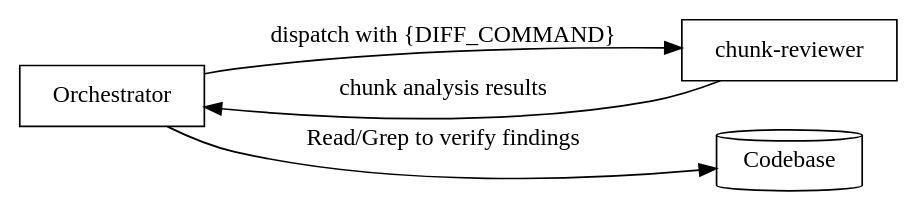
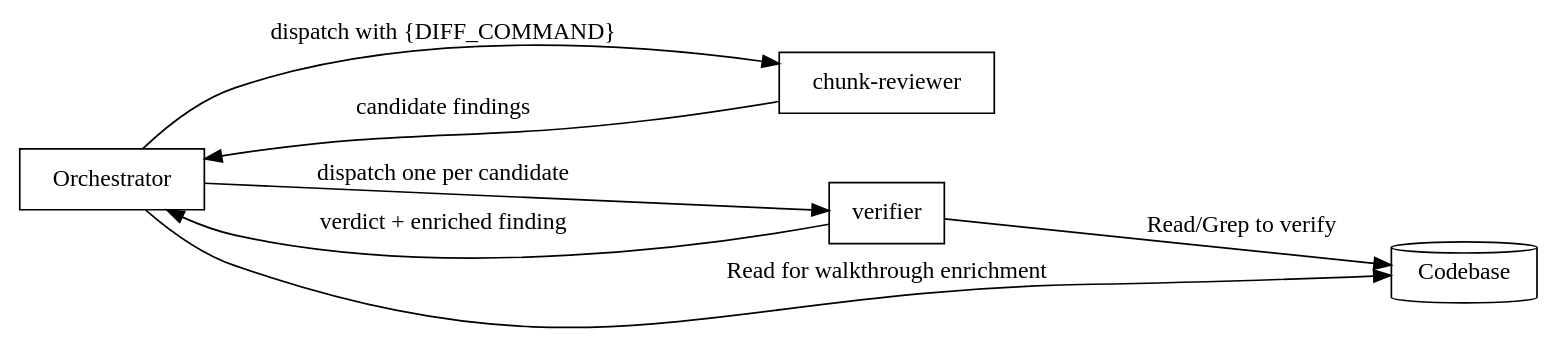
The diagram in skills/code-review/SKILL.md (toongri/oh-my-toong-playground), drawn with Graphviz before and after one commit. The commit also changed other lines of this file and 18 other files, not shown here.

````diff
--- a/skills/code-review/SKILL.md
+++ b/skills/code-review/SKILL.md
@@ -53,11 +53,15 @@
 ```dot
 digraph role_separation {
     rankdir=LR;
     "Orchestrator" [shape=box];
     "chunk-reviewer" [shape=box];
+    "verifier" [shape=box];
     "Codebase" [shape=cylinder];
     "Orchestrator" -> "chunk-reviewer" [label="dispatch with {DIFF_COMMAND}"];
-    "chunk-reviewer" -> "Orchestrator" [label="chunk analysis results"];
-    "Orchestrator" -> "Codebase" [label="Read/Grep to verify findings"];
+    "chunk-reviewer" -> "Orchestrator" [label="candidate findings"];
+    "Orchestrator" -> "verifier" [label="dispatch one per candidate"];
+    "verifier" -> "Codebase" [label="Read/Grep to verify"];
+    "verifier" -> "Orchestrator" [label="verdict + enriched finding"];
+    "Orchestrator" -> "Codebase" [label="Read for walkthrough enrichment"];
 }
 ```
````
